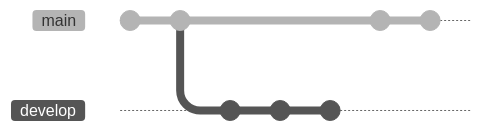
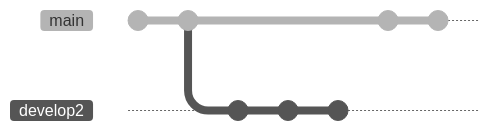
The diagram in README.md (TheRadDani/sql_etls), drawn with Mermaid (neutral theme) before and after one commit. Commit ids are hidden.

````diff
--- a/README.md
+++ b/README.md
@@ -1,12 +1,12 @@
 ```mermaid
 gitGraph
        commit
        commit
-       branch develop
+       branch develop2
        commit
        commit
        commit
        checkout main
        commit
        commit
 ```
````
